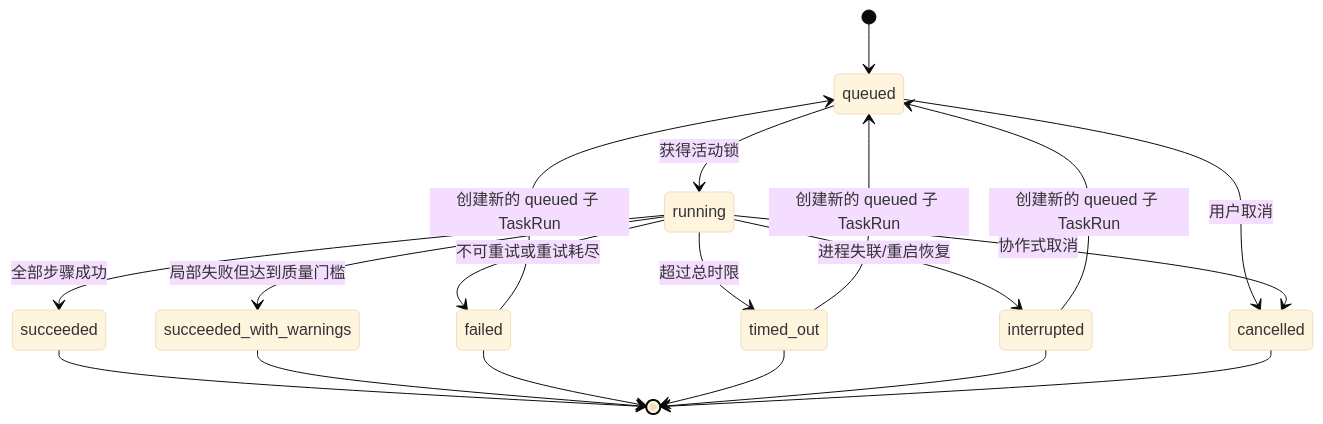
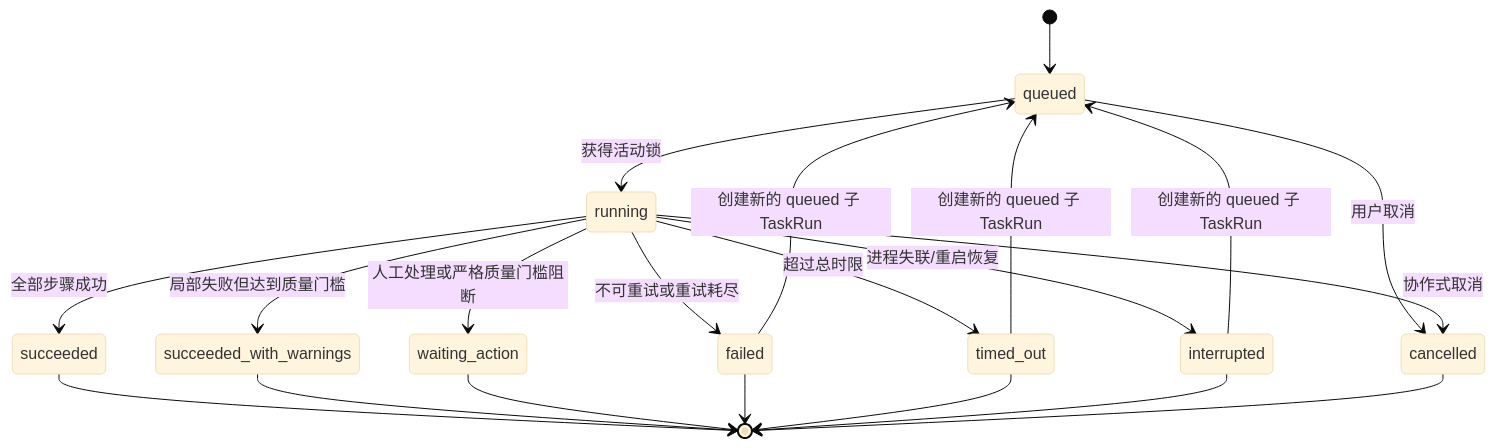
One commit to leisun123/daily_cast changed the third of 4 diagrams in docs/design.md. Above: the diagram before and after it, drawn with Mermaid (base theme). The commit also changed other lines of this file and 7 other files, not shown here.

````diff
--- a/docs/design.md
+++ b/docs/design.md
@@ -425,21 +425,23 @@
 ```mermaid
 stateDiagram-v2
     [*] --> queued
     queued --> running: 获得活动锁
     queued --> cancelled: 用户取消
     running --> succeeded: 全部步骤成功
     running --> succeeded_with_warnings: 局部失败但达到质量门槛
+    running --> waiting_action: 人工处理或严格质量门槛阻断
     running --> failed: 不可重试或重试耗尽
     running --> timed_out: 超过总时限
     running --> interrupted: 进程失联/重启恢复
     running --> cancelled: 协作式取消
     failed --> queued: 创建新的 queued 子 TaskRun
     timed_out --> queued: 创建新的 queued 子 TaskRun
     interrupted --> queued: 创建新的 queued 子 TaskRun
     succeeded --> [*]
     succeeded_with_warnings --> [*]
+    waiting_action --> [*]
     failed --> [*]
     timed_out --> [*]
     interrupted --> [*]
     cancelled --> [*]
 ```
````
